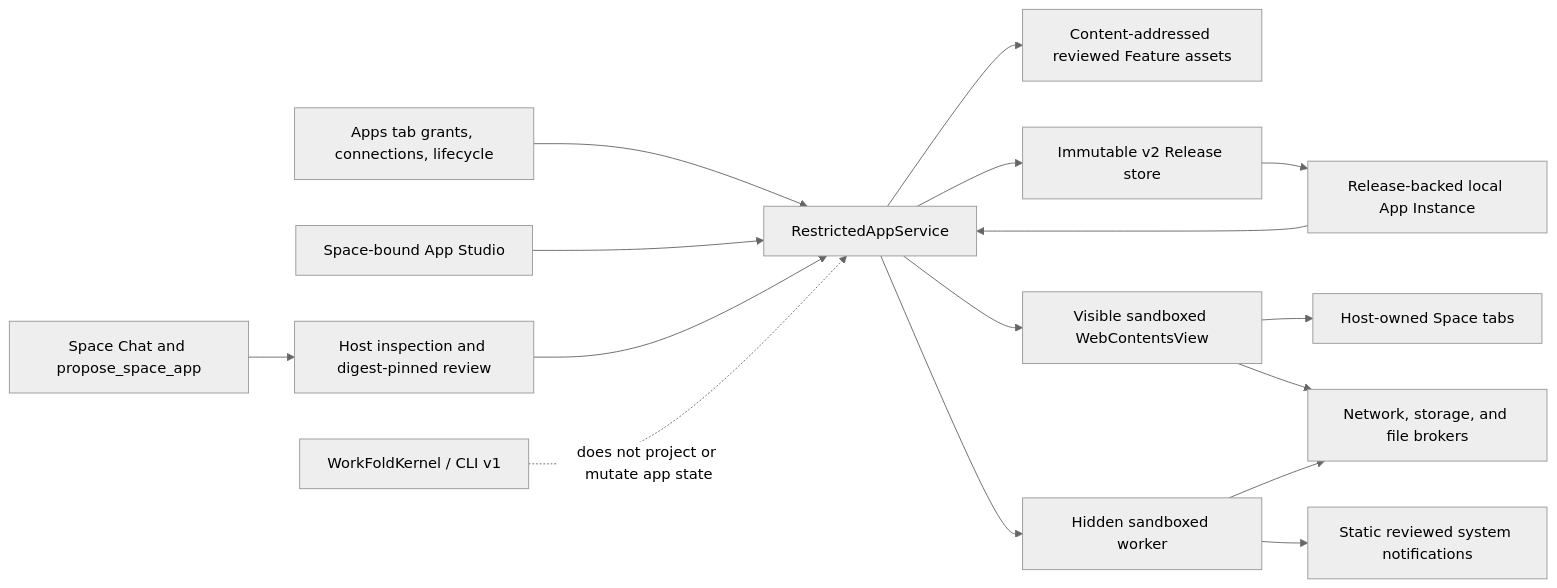
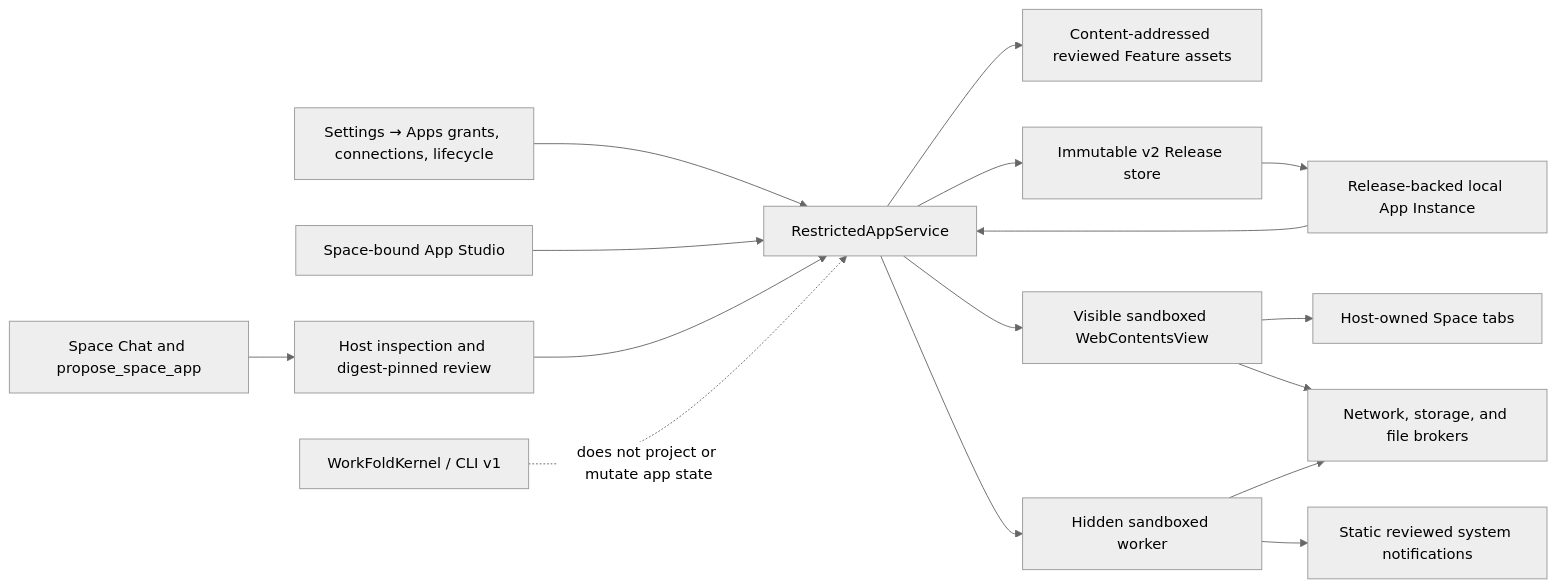
The second of 2 diagrams in docs/architecture.md (Mat-Tom-Son/work-fold), drawn with Mermaid (neutral theme) before and after one commit. The commit also changed other lines of this file and 57 other files, not shown here.

````diff
--- a/docs/architecture.md
+++ b/docs/architecture.md
@@ -80,18 +82,18 @@
 ```mermaid
 flowchart LR
   chat["Space Chat and propose_space_app"] --> review["Host inspection and digest-pinned review"]
-  capabilities["Apps tab grants, connections, lifecycle"] --> service["RestrictedAppService"]
+  capabilities["Settings → Apps grants, connections, lifecycle"] --> service["RestrictedAppService"]
   studio["Space-bound App Studio"] --> service
   review --> service
   service --> staged["Content-addressed reviewed Feature assets"]
   service --> releases["Immutable v2 Release store"]
   releases --> instance["Release-backed local App Instance"]
   instance --> service
   service --> visible["Visible sandboxed WebContentsView"]
   service --> worker["Hidden sandboxed worker"]
   visible --> tabs["Host-owned Space tabs"]
   visible --> brokers["Network, storage, and file brokers"]
   worker --> brokers
   worker --> notifications["Static reviewed system notifications"]
   kernel["WorkFoldKernel / CLI v1"] -. "does not project or mutate app state" .-> service
 ```
````
